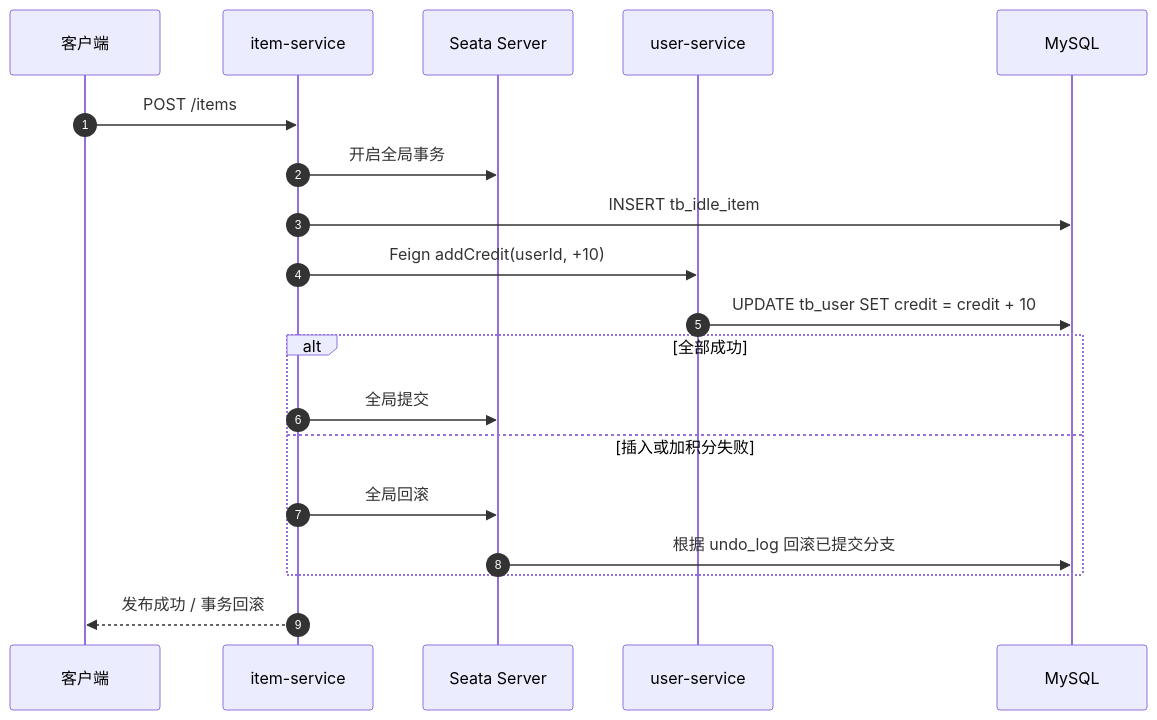
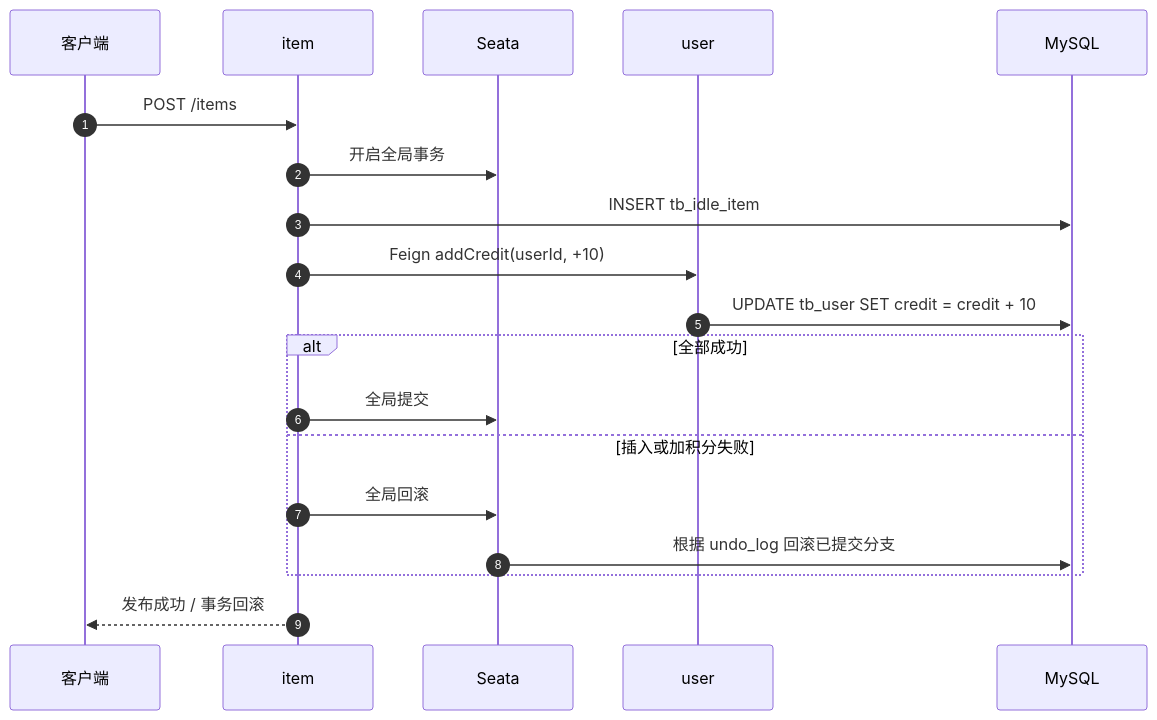
Before and after one commit to chuqiuqiu/campus-life: the third of 4 diagrams in README.md, drawn with Mermaid. The commit also changed other lines of this file, not shown here.

Commit message:
docs: simplify mermaid flow diagrams for README width

````diff
--- a/README.md
+++ b/README.md
@@ -205,22 +201,22 @@
 ```mermaid
 sequenceDiagram
     autonumber
     participant C as 客户端
-    participant I as item-service
-    participant TC as Seata Server
-    participant U as user-service
+    participant I as item
+    participant TC as Seata
+    participant U as user
     participant DB as MySQL
 
     C->>I: POST /items
     I->>TC: 开启全局事务
     I->>DB: INSERT tb_idle_item
     I->>U: Feign addCredit(userId, +10)
     U->>DB: UPDATE tb_user SET credit = credit + 10
     alt 全部成功
         I->>TC: 全局提交
     else 插入或加积分失败
         I->>TC: 全局回滚
         TC->>DB: 根据 undo_log 回滚已提交分支
     end
     I-->>C: 发布成功 / 事务回滚
 ```
````
